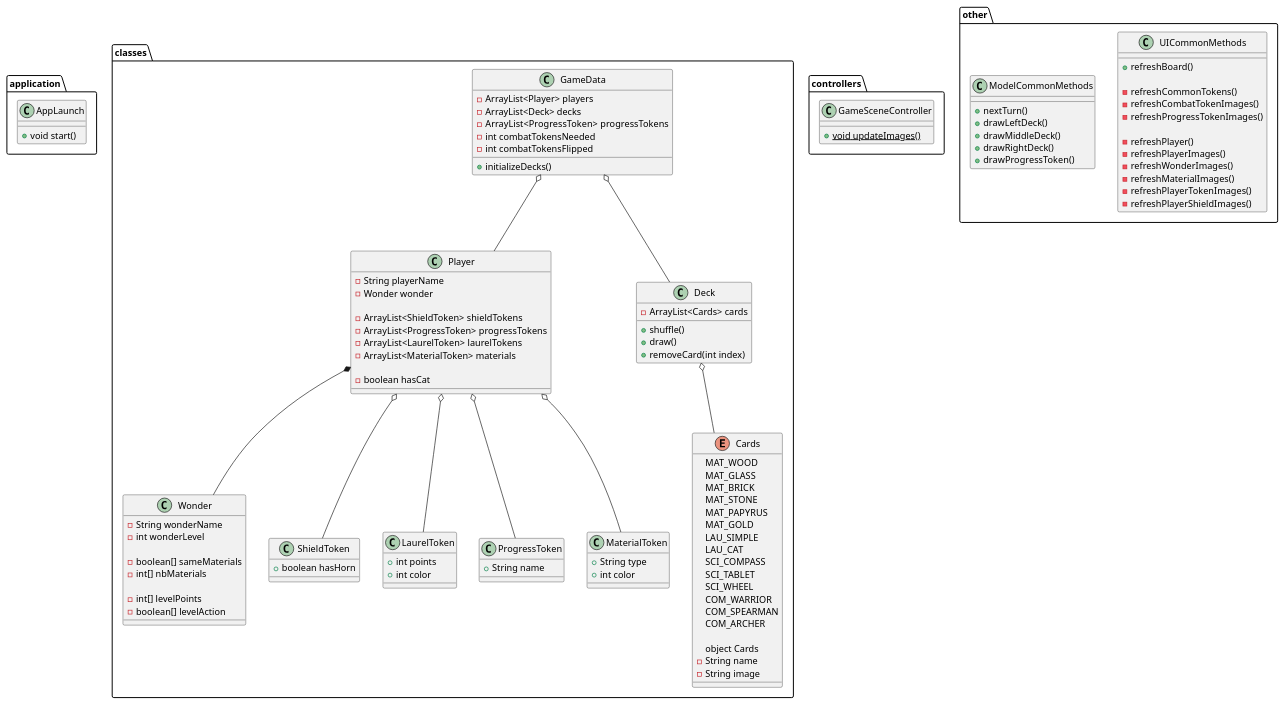
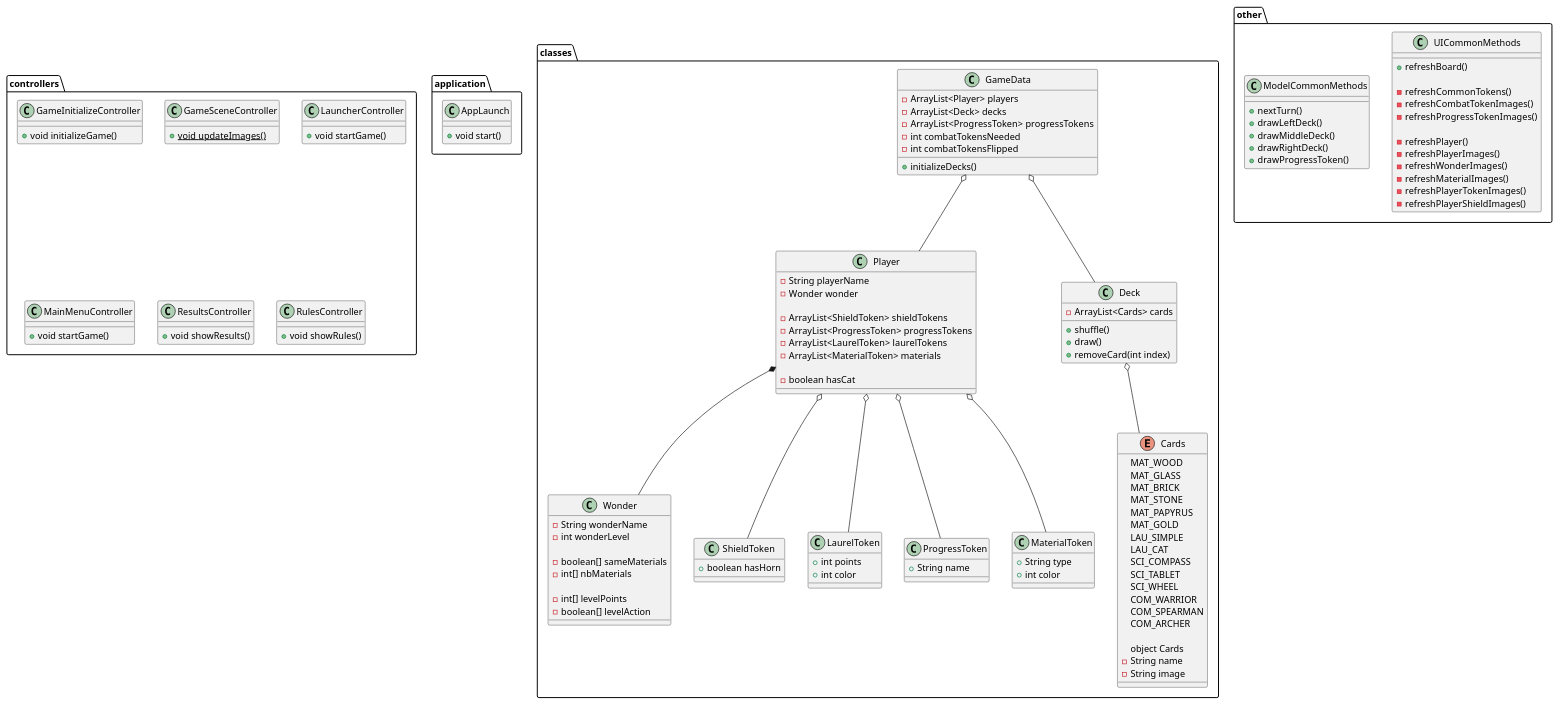
The diagram in src/main/resources/other/7WUML.puml (LeCarnotzetVeveysan/GameSevenWondersArchitect), drawn with PlantUML before and after one commit.

```diff
--- a/src/main/resources/other/7WUML.puml
+++ b/src/main/resources/other/7WUML.puml
@@ -1,141 +1,160 @@
 @startuml
 'https://plantuml.com/class-diagram
 
 package application {
 
     class AppLaunch {
         + void start()
     }
 
 }
 
 package classes {
     class GameData {
         - ArrayList<Player> players
         - ArrayList<Deck> decks
         - ArrayList<ProgressToken> progressTokens
         - int combatTokensNeeded
         - int combatTokensFlipped
         + initializeDecks()
     }
 
     class Player {
         - String playerName
         - Wonder wonder
 
         - ArrayList<ShieldToken> shieldTokens
         - ArrayList<ProgressToken> progressTokens
         - ArrayList<LaurelToken> laurelTokens
         - ArrayList<MaterialToken> materials
 
         - boolean hasCat
     }
 
     class Wonder {
         - String wonderName
         - int wonderLevel
 
         - boolean[] sameMaterials
         - int[] nbMaterials
 
         - int[] levelPoints
         - boolean[] levelAction
     }
 
     enum Cards {
         MAT_WOOD
         MAT_GLASS
         MAT_BRICK
         MAT_STONE
         MAT_PAPYRUS
         MAT_GOLD
         LAU_SIMPLE
         LAU_CAT
         SCI_COMPASS
         SCI_TABLET
         SCI_WHEEL
         COM_WARRIOR
         COM_SPEARMAN
         COM_ARCHER
 
         object Cards
         - String name
         - String image
     }
 
     class Deck {
         - ArrayList<Cards> cards
         + shuffle()
         + draw()
         + removeCard(int index)
     }
 
     class ShieldToken {
         + boolean hasHorn
     }
 
     class LaurelToken {
         + int points
         + int color
     }
 
     class ProgressToken {
         + String name
     }
 
     class MaterialToken {
         + String type
         + int color
     }
 
 
 
 }
 
 package controllers {
 
+    class GameInitializeController {
+        + void initializeGame()
+    }
+
     class GameSceneController {
         + {static} void updateImages()
+    }
+
+    class LauncherController {
+        + void startGame()
+    }
+
+    class MainMenuController {
+        + void startGame()
+    }
+
+    class ResultsController {
+        + void showResults()
+    }
+
+    class RulesController {
+        + void showRules()
     }
 
 }
 
 package other {
 
     class UICommonMethods {
         + refreshBoard()
 
         - refreshCommonTokens()
         - refreshCombatTokenImages()
         - refreshProgressTokenImages()
 
         - refreshPlayer()
         - refreshPlayerImages()
         - refreshWonderImages()
         - refreshMaterialImages()
         - refreshPlayerTokenImages()
         - refreshPlayerShieldImages()
     }
 
     class ModelCommonMethods {
         + nextTurn()
         + drawLeftDeck()
         + drawMiddleDeck()
         + drawRightDeck()
         + drawProgressToken()
     }
 
 }
 
-
 GameData o-- Player
 GameData o-- Deck
 Deck o-- Cards
 Player *-- Wonder
 Player o-- MaterialToken
 Player o-- ShieldToken
 Player o-- LaurelToken
 Player o-- ProgressToken
 
 
 @enduml
```
